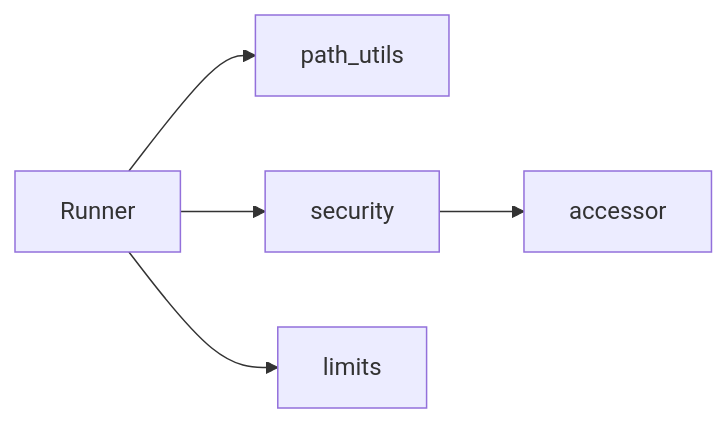
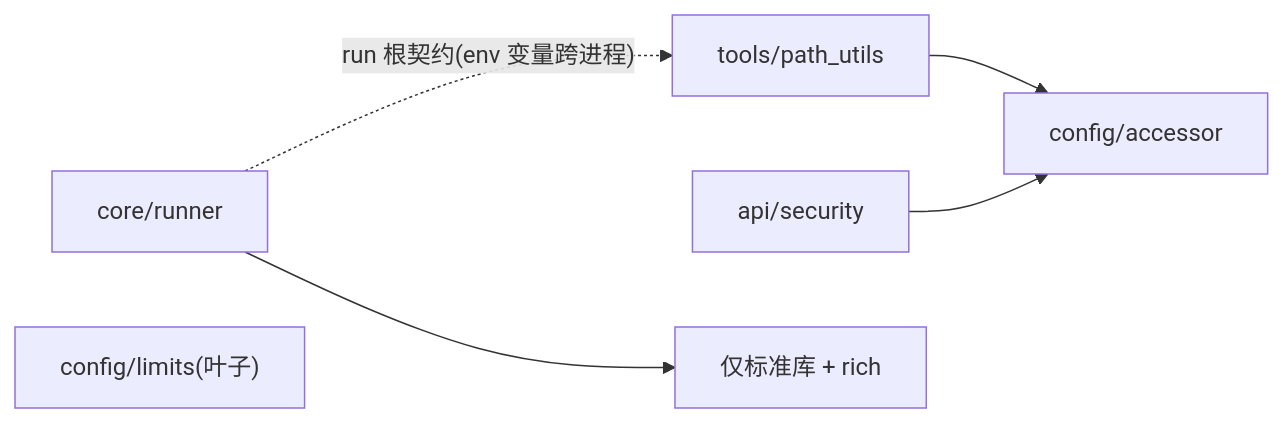
One commit to hjfire/vibe-trading-fw changed the seventh of 7 diagrams in repowiki/topics/安全与治理/沙箱机制.md. Above: the diagram before and after it, drawn with Mermaid. The commit also changed other lines of this file and 5 other files, not shown here.

````diff
--- a/repowiki/topics/安全与治理/沙箱机制.md
+++ b/repowiki/topics/安全与治理/沙箱机制.md
@@ -279,7 +358,8 @@
 ```mermaid
 graph LR
-Runner["Runner"] --> Path["path_utils"]
-Runner --> Sec["security"]
-Runner --> Lim["limits"]
-Sec --> Acc["accessor"]
+PU["tools/path_utils"] --> ACC["config/accessor"]
+SEC["api/security"] --> ACC
+RUN["core/runner"] -. "run 根契约(env 变量跨进程)" .-> PU
+LIM["config/limits(叶子)"]
+RUN --> STD["仅标准库 + rich"]
 ```
````
